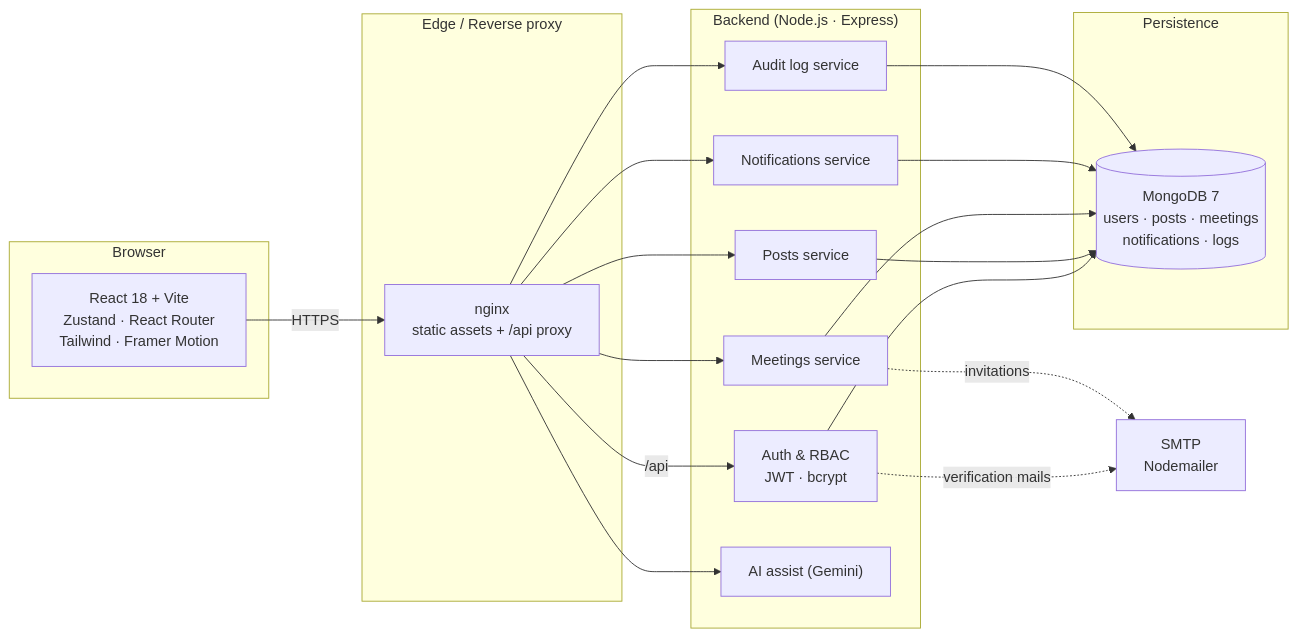
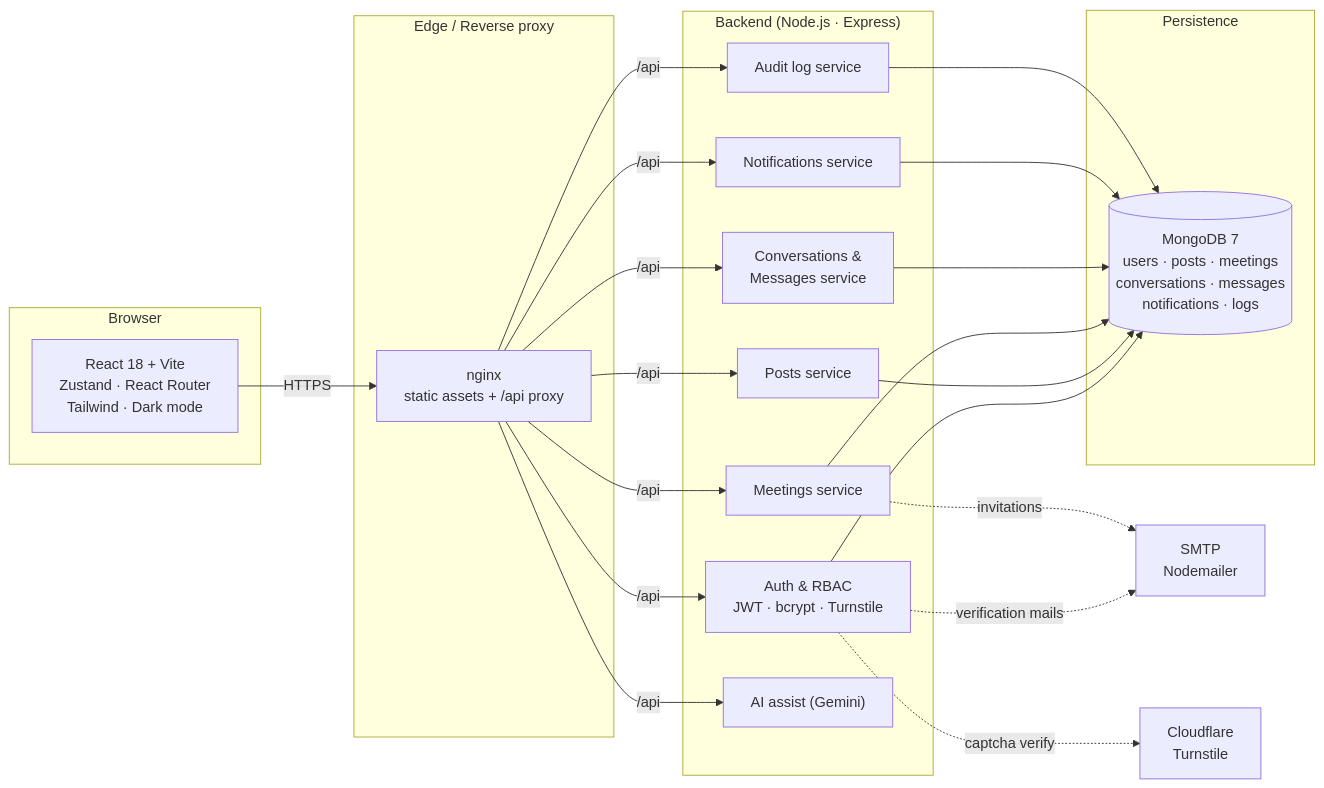
The diagram in README.md (berkekus/healthai-co-creation-platform), drawn with Mermaid before and after one commit. The commit also changed other lines of this file, not shown here.

Commit message:
feat: update README with new features and improvements including in-app messaging, saved posts, and Cloudflare Turnstile integration

````diff
--- a/README.md
+++ b/README.md
@@ -122,42 +127,39 @@
 ```mermaid
 flowchart LR
     subgraph Client["Browser"]
-        UI["React 18 + Vite<br/>Zustand &middot; React Router<br/>Tailwind &middot; Framer Motion"]
+        UI["React 18 + Vite<br/>Zustand · React Router<br/>Tailwind · Dark mode"]
     end
 
     subgraph Edge["Edge / Reverse proxy"]
         NGINX["nginx<br/>static assets + /api proxy"]
     end
 
-    subgraph API["Backend (Node.js &middot; Express)"]
-        AUTH["Auth & RBAC<br/>JWT &middot; bcrypt"]
+    subgraph API["Backend (Node.js · Express)"]
+        AUTH["Auth & RBAC<br/>JWT · bcrypt · Turnstile"]
         POSTS["Posts service"]
         MEET["Meetings service"]
+        CONV["Conversations &<br/>Messages service"]
         NOTIF["Notifications service"]
         LOGS["Audit log service"]
         AI["AI assist (Gemini)"]
     end
 
     subgraph Data["Persistence"]
-        MONGO[("MongoDB 7<br/>users &middot; posts &middot; meetings<br/>notifications &middot; logs")]
+        MONGO[("MongoDB 7<br/>users · posts · meetings<br/>conversations · messages<br/>notifications · logs")]
     end
 
     SMTP["SMTP<br/>Nodemailer"]
+    CF["Cloudflare<br/>Turnstile"]
 
     UI -->|HTTPS| NGINX
-    NGINX -->|/api| AUTH
-    NGINX --> POSTS
-    NGINX --> MEET
-    NGINX --> NOTIF
-    NGINX --> LOGS
-    NGINX --> AI
-
+    NGINX -->|/api| AUTH & POSTS & MEET & CONV & NOTIF & LOGS & AI
     AUTH --> MONGO
     POSTS --> MONGO
     MEET --> MONGO
+    CONV --> MONGO
     NOTIF --> MONGO
     LOGS --> MONGO
-
     AUTH -. verification mails .-> SMTP
     MEET  -. invitations .-> SMTP
+    AUTH -. captcha verify .-> CF
 ```
````
